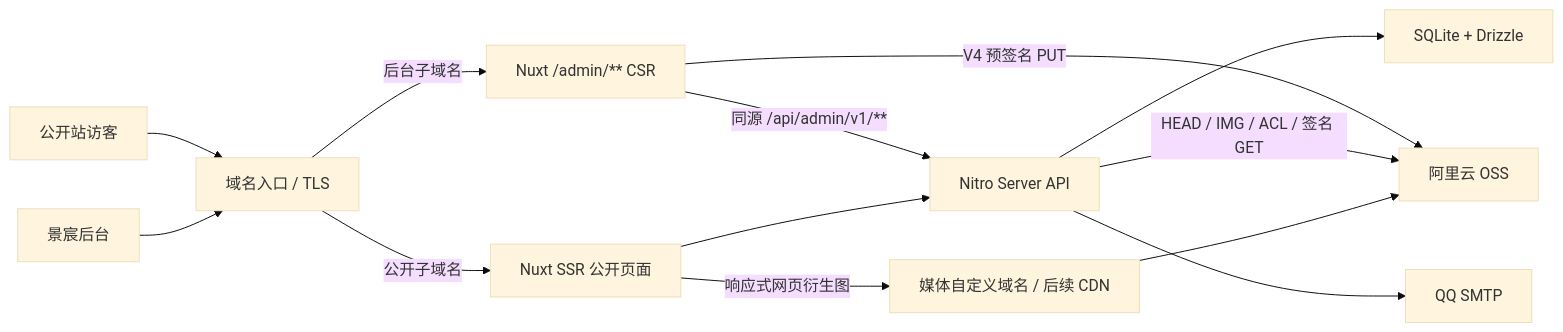
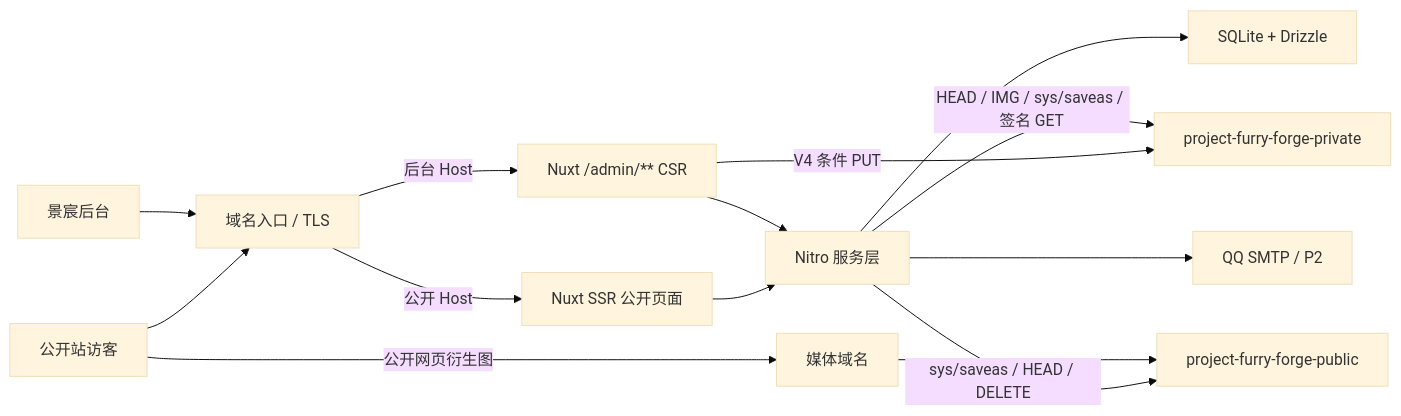
One commit to WangMinan/project-fur-forge changed the diagram in agent_docs/需求1-兽装工作室主页/planning/PLAN.md. Above: the diagram before and after it, drawn with Mermaid (base theme). The commit also changed other lines of this file, not shown here.

````diff
--- a/agent_docs/需求1-兽装工作室主页/planning/PLAN.md
+++ b/agent_docs/需求1-兽装工作室主页/planning/PLAN.md
@@ -45,15 +49,16 @@
 ```mermaid
 flowchart LR
-    visitor["公开站访客"] --> proxy["域名入口 / TLS"]
-    admin["景宸后台"] --> proxy
-    proxy -->|"公开子域名"| public["Nuxt SSR 公开页面"]
-    proxy -->|"后台子域名"| adminui["Nuxt /admin/** CSR"]
-    adminui -->|"同源 /api/admin/v1/**"| api["Nitro Server API"]
-    public --> api
-    api --> db["SQLite + Drizzle"]
-    adminui -->|"V4 预签名 PUT"| oss["阿里云 OSS"]
-    api -->|"HEAD / IMG / ACL / 签名 GET"| oss
-    public -->|"响应式网页衍生图"| media["媒体自定义域名 / 后续 CDN"]
-    media --> oss
-    api --> smtp["QQ SMTP"]
+    visitor[公开站访客] --> proxy[域名入口 / TLS]
+    admin[景宸后台] --> proxy
+    proxy -->|公开 Host| public[Nuxt SSR 公开页面]
+    proxy -->|后台 Host| adminui[Nuxt /admin/** CSR]
+    public --> api[Nitro 服务层]
+    adminui --> api
+    api --> db[SQLite + Drizzle]
+    adminui -->|V4 条件 PUT| private[project-furry-forge-private]
+    api -->|HEAD / IMG / sys/saveas / 签名 GET| private
+    api -->|sys/saveas / HEAD / DELETE| publicbucket[project-furry-forge-public]
+    visitor -->|公开网页衍生图| media[媒体域名]
+    media --> publicbucket
+    api --> smtp[QQ SMTP / P2]
 ```
````
